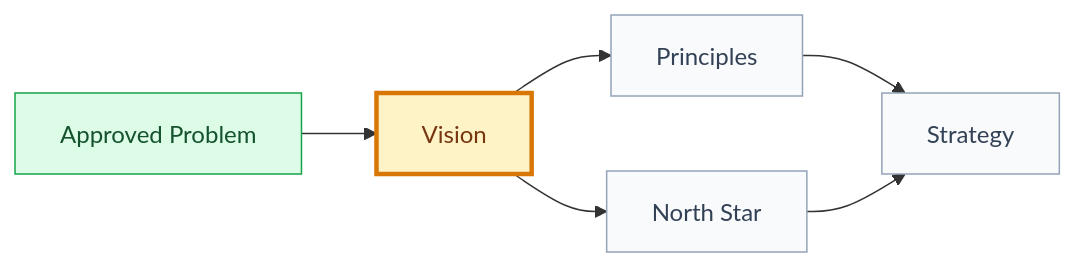
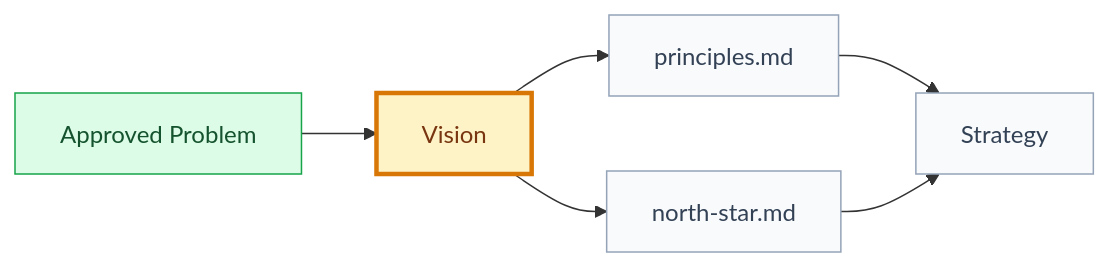
The diagram in framework/template/vision-template.md (JonatasFreireDev/spec-framework), drawn with Mermaid before and after one commit. The commit also changed other lines of this file and 25 other files, not shown here.

````diff
--- a/framework/template/vision-template.md
+++ b/framework/template/vision-template.md
@@ -39,17 +34,17 @@
 ```mermaid
 flowchart LR
   P["Approved Problem"] --> V["Vision"]
-  V --> PR["Principles"]
-  V --> NS["North Star"]
+  V --> PR["principles.md"]
+  V --> NS["north-star.md"]
   PR --> S["Strategy"]
   NS --> S
 
   classDef done fill:#dcfce7,stroke:#16a34a,color:#14532d;
   classDef current fill:#fef3c7,stroke:#d97706,color:#78350f,stroke-width:3px;
   classDef pending fill:#f8fafc,stroke:#94a3b8,color:#334155;
   classDef blocked fill:#fee2e2,stroke:#dc2626,color:#7f1d1d;
 
   class P done;
   class V current;
   class PR,NS,S pending;
 ```
````
